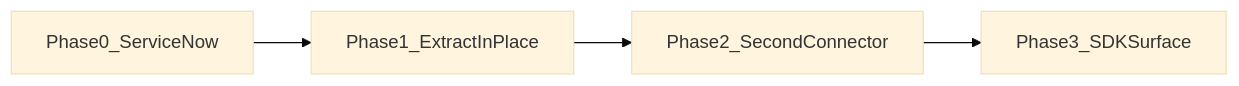
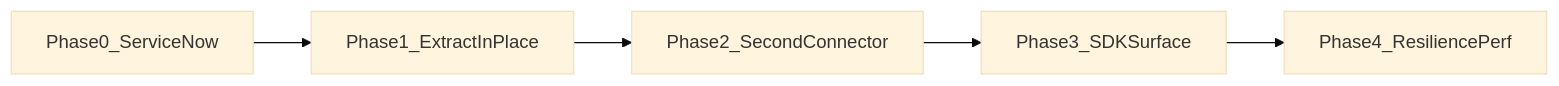
Before and after one commit to mitayan0/sidol: the diagram in ROADMAP.md, drawn with Mermaid (base theme). The commit also changed other lines of this file and 12 other files, not shown here.

````diff
--- a/ROADMAP.md
+++ b/ROADMAP.md
@@ -65,10 +72,12 @@
 ```mermaid
 flowchart LR
   P0[Phase0_ServiceNow]
   P1[Phase1_ExtractInPlace]
   P2[Phase2_SecondConnector]
   P3[Phase3_SDKSurface]
+  P4[Phase4_ResiliencePerf]
   P0 --> P1
   P1 --> P2
   P2 --> P3
+  P3 --> P4
 ```
````
